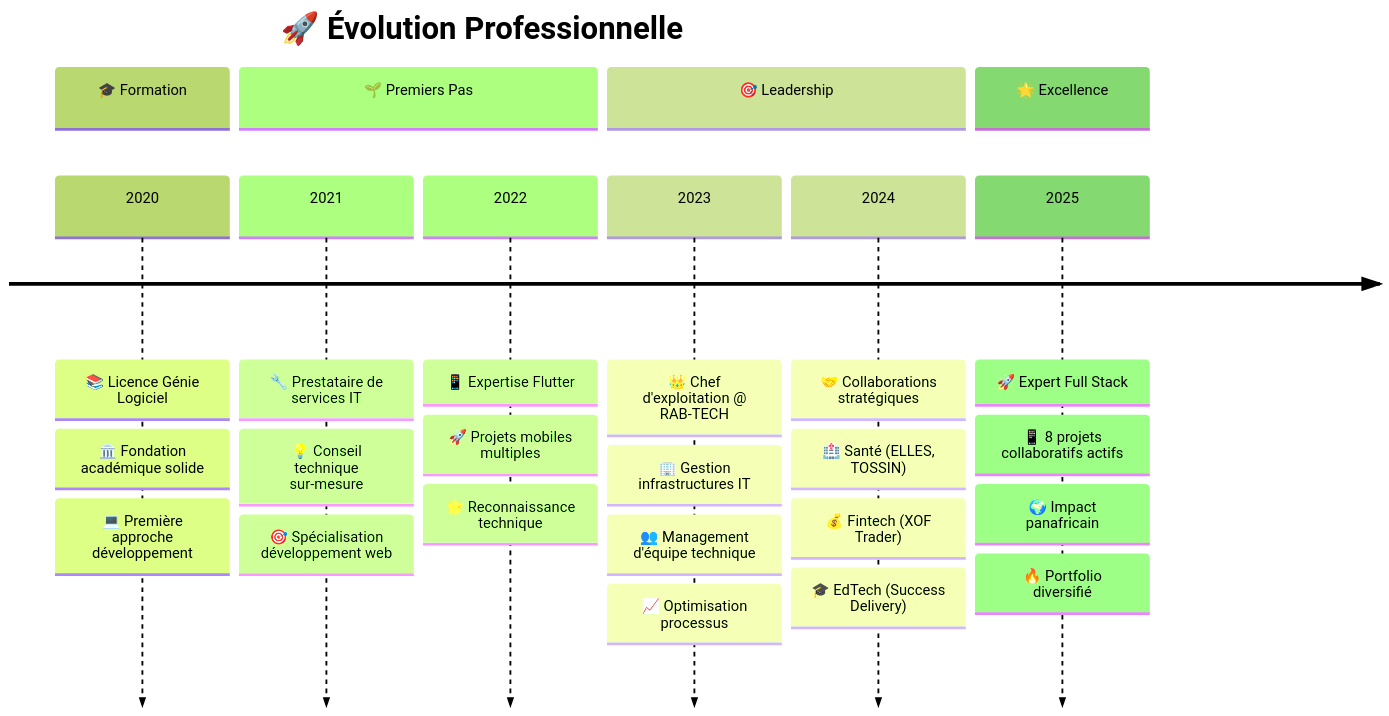
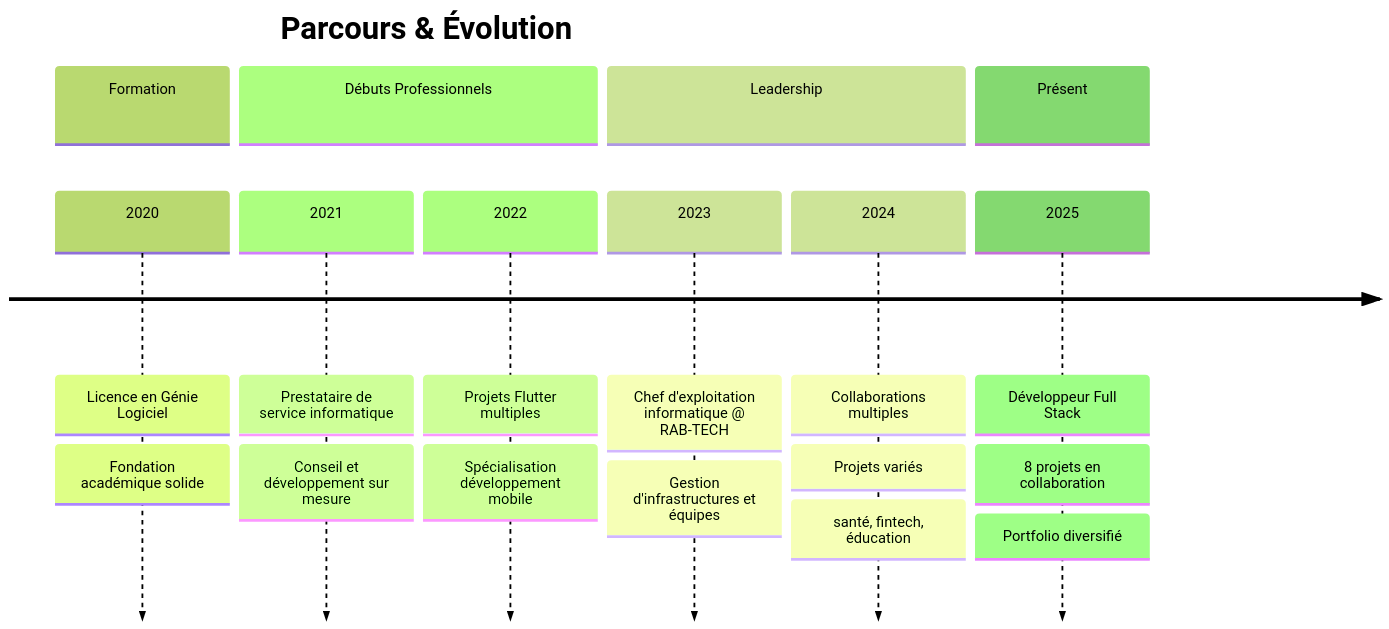
The diagram in README.md (MikeCHOKKI/MikeCHOKKI), drawn with Mermaid (forest theme) before and after one commit. The commit also changed other lines of this file, not shown here.

````diff
--- a/README.md
+++ b/README.md
@@ -401,35 +297,27 @@
 ```mermaid
 timeline
-    title 🚀 Évolution Professionnelle
+    title Parcours & Évolution
     
-    section 🎓 Formation
-        2020 : 📚 Licence Génie Logiciel
-             : 🏛️ Fondation académique solide
-             : 💻 Première approche développement
+    section Formation
+        2020 : Licence en Génie Logiciel
+             : Fondation académique solide
     
-    section 🌱 Premiers Pas
-        2021 : 🔧 Prestataire de services IT
-             : 💡 Conseil technique sur-mesure
-             : 🎯 Spécialisation développement web
+    section Débuts Professionnels
+        2021 : Prestataire de service informatique
+             : Conseil et développement sur mesure
              
-        2022 : 📱 Expertise Flutter
-             : 🚀 Projets mobiles multiples
-             : 🌟 Reconnaissance technique
+        2022 : Projets Flutter multiples
+             : Spécialisation développement mobile
     
-    section 🎯 Leadership
-        2023 : 👑 Chef d'exploitation @ RAB-TECH
-             : 🏢 Gestion infrastructures IT
-             : 👥 Management d'équipe technique
-             : 📈 Optimisation processus
+    section Leadership
+        2023 : Chef d'exploitation informatique @ RAB-TECH
+             : Gestion d'infrastructures et équipes
              
-        2024 : 🤝 Collaborations stratégiques
-             : 🏥 Santé (ELLES, TOSSIN)
-             : 💰 Fintech (XOF Trader)
-             : 🎓 EdTech (Success Delivery)
+        2024 : Collaborations multiples
+             : Projets variés : santé, fintech, éducation
              
-    section 🌟 Excellence
-        2025 : 🚀 Expert Full Stack
-             : 📱 8 projets collaboratifs actifs
-             : 🌍 Impact panafricain
-             : 🔥 Portfolio diversifié
+    section Présent
+        2025 : Développeur Full Stack
+             : 8 projets en collaboration
+             : Portfolio diversifié
 ```
````
